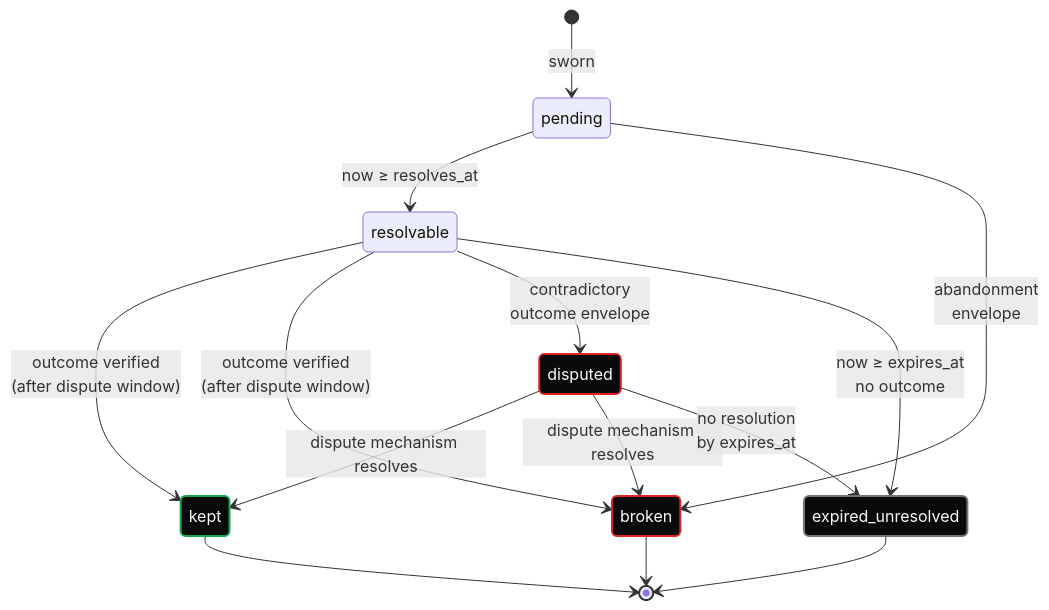
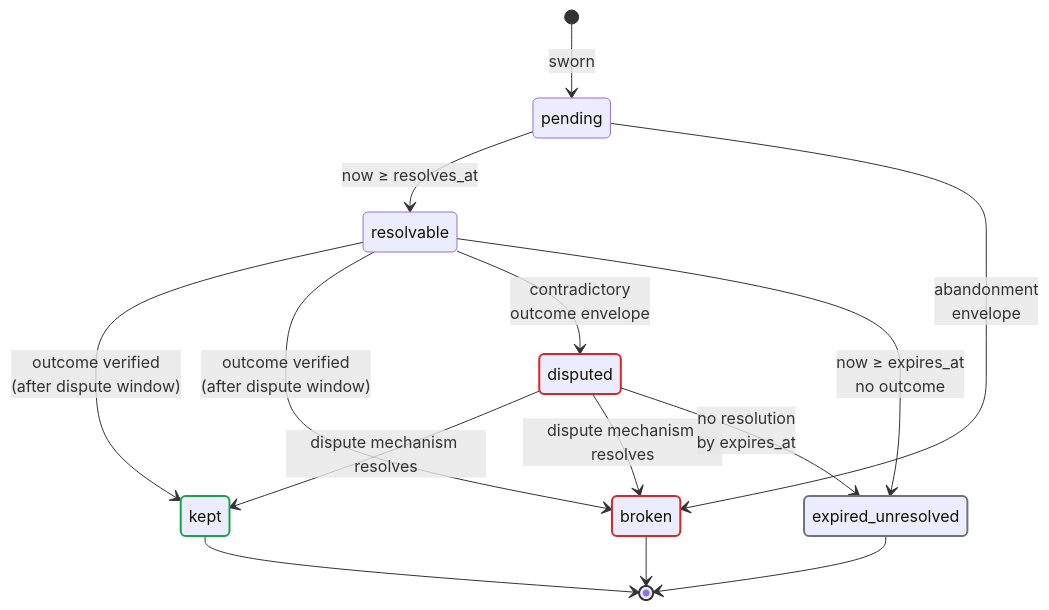
One commit to orangecheck/oc-docs changed the diagram in src/pages/pledge/state-machine.mdx. Above: the diagram before and after it, drawn with Mermaid. The commit also changed 26 other files, not shown here.

First line of the commit message:
Docs pages: diagrams that draw in both modes, links that land

````diff
--- a/src/pages/pledge/state-machine.mdx
+++ b/src/pages/pledge/state-machine.mdx
@@ -27,23 +27,23 @@
 ```mermaid
 stateDiagram-v2
     [*] --> pending: sworn
     pending --> resolvable: now ≥ resolves_at
     pending --> broken: abandonment<br/>envelope
     resolvable --> kept: outcome verified<br/>(after dispute window)
     resolvable --> broken: outcome verified<br/>(after dispute window)
     resolvable --> disputed: contradictory<br/>outcome envelope
     resolvable --> expired_unresolved: now ≥ expires_at<br/>no outcome
     disputed --> kept: dispute mechanism resolves
     disputed --> broken: dispute mechanism resolves
     disputed --> expired_unresolved: no resolution<br/>by expires_at
     kept --> [*]
     broken --> [*]
     expired_unresolved --> [*]
 
-    classDef good fill:#0a0a0a,stroke:#16a34a,stroke-width:2px,color:#fafafa
-    classDef bad fill:#0a0a0a,stroke:#dc2626,stroke-width:2px,color:#fafafa
-    classDef neutral fill:#0a0a0a,stroke:#71717a,stroke-width:2px,color:#fafafa
+    classDef good stroke:#16a34a,stroke-width:2px
+    classDef bad stroke:#dc2626,stroke-width:2px
+    classDef neutral stroke:#71717a,stroke-width:2px
     class kept good
     class broken,disputed bad
     class expired_unresolved neutral
 ```
````
